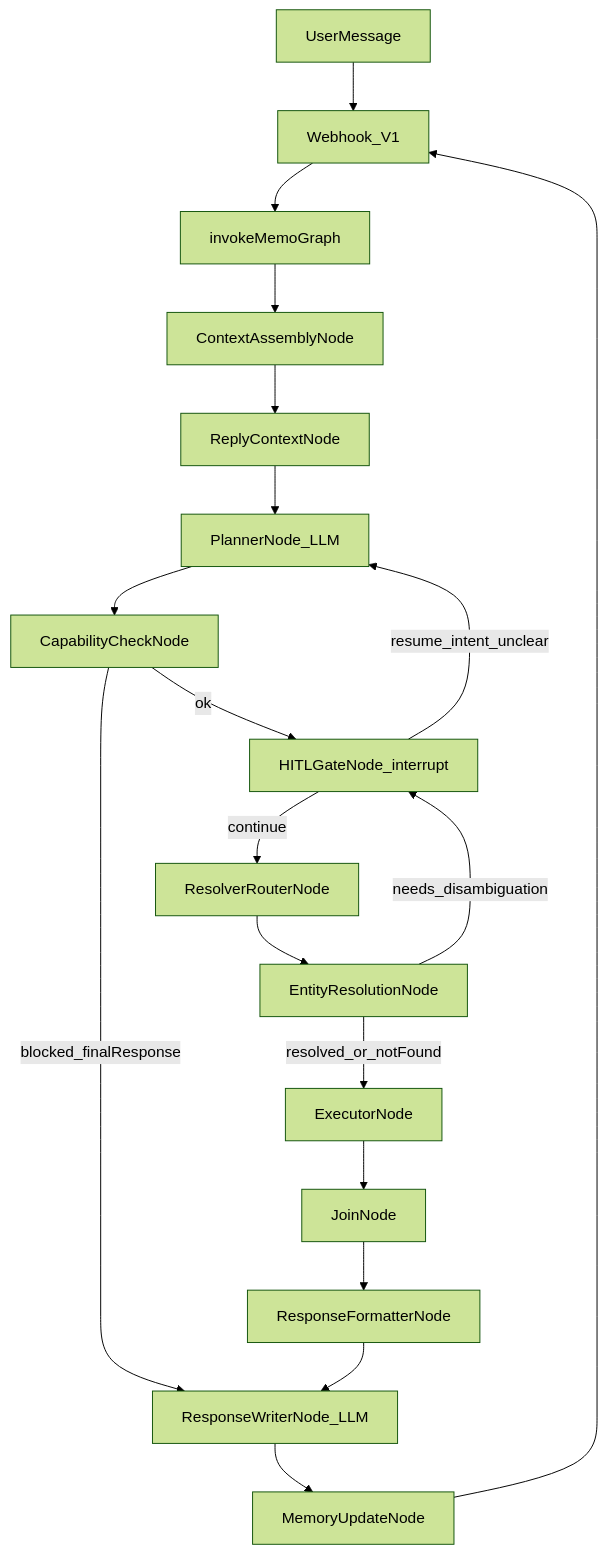
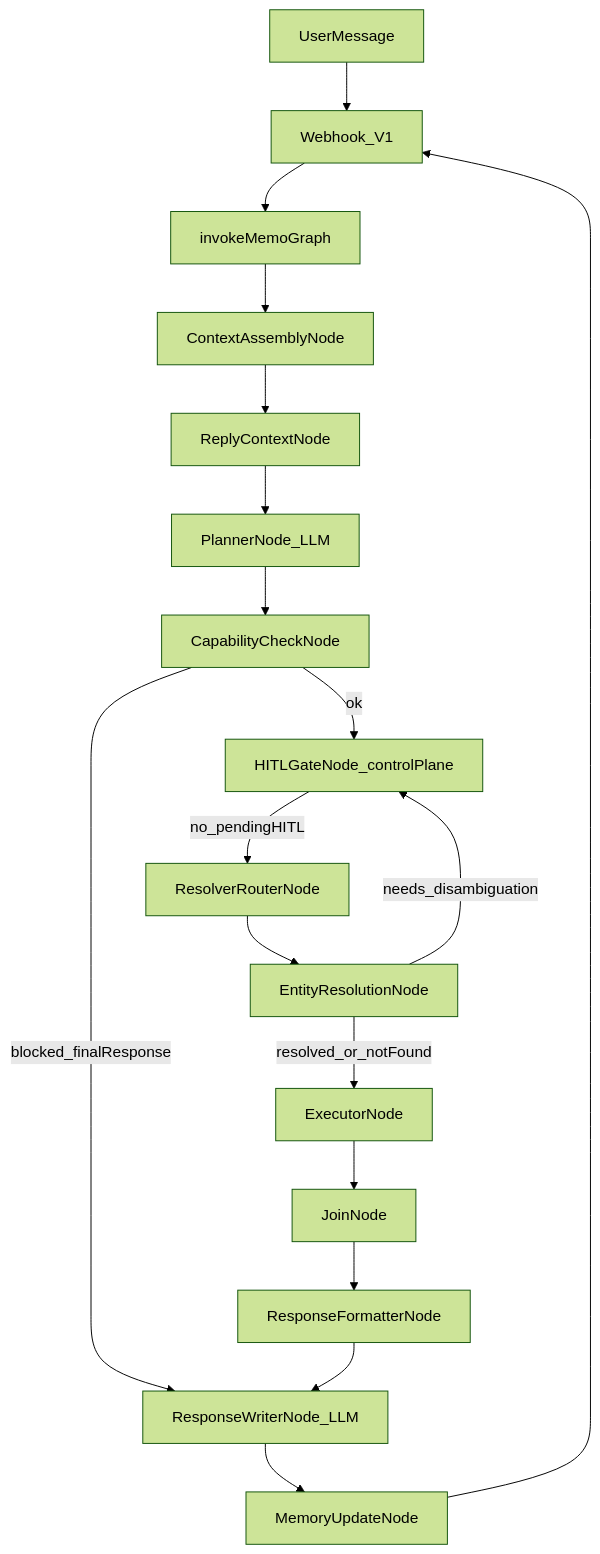
One commit to shonhazan123/whatsapp_ai_assistant- changed the first of 5 diagrams in Memo_v2/docs/SYSTEM_DIAGRAM.md. Above: the diagram before and after it, drawn with Mermaid (forest theme). The commit also changed other lines of this file and 19 other files, not shown here.

````diff
--- a/Memo_v2/docs/SYSTEM_DIAGRAM.md
+++ b/Memo_v2/docs/SYSTEM_DIAGRAM.md
@@ -15,27 +16,26 @@
 ```mermaid
 flowchart TD
     userMessage[UserMessage] --> webhook[Webhook_V1]
     webhook --> invoke[invokeMemoGraph]
 
     invoke --> contextAssembly[ContextAssemblyNode]
     contextAssembly --> replyContext[ReplyContextNode]
     replyContext --> planner[PlannerNode_LLM]
     planner --> capabilityCheck[CapabilityCheckNode]
 
     capabilityCheck -->|blocked_finalResponse| responseWriter[ResponseWriterNode_LLM]
-    capabilityCheck -->|ok| hitlGate[HITLGateNode_interrupt]
+    capabilityCheck -->|ok| hitlGate[HITLGateNode_controlPlane]
 
-    hitlGate -->|resume_intent_unclear| planner
-    hitlGate -->|continue| resolverRouter[ResolverRouterNode]
+    hitlGate -->|no_pendingHITL| resolverRouter[ResolverRouterNode]
 
     resolverRouter --> entityResolution[EntityResolutionNode]
 
     entityResolution -->|needs_disambiguation| hitlGate
     entityResolution -->|resolved_or_notFound| executor[ExecutorNode]
 
     executor --> joinNode[JoinNode]
     joinNode --> responseFormatter[ResponseFormatterNode]
     responseFormatter --> responseWriter
     responseWriter --> memoryUpdate[MemoryUpdateNode]
     memoryUpdate --> webhook
 ```
````
